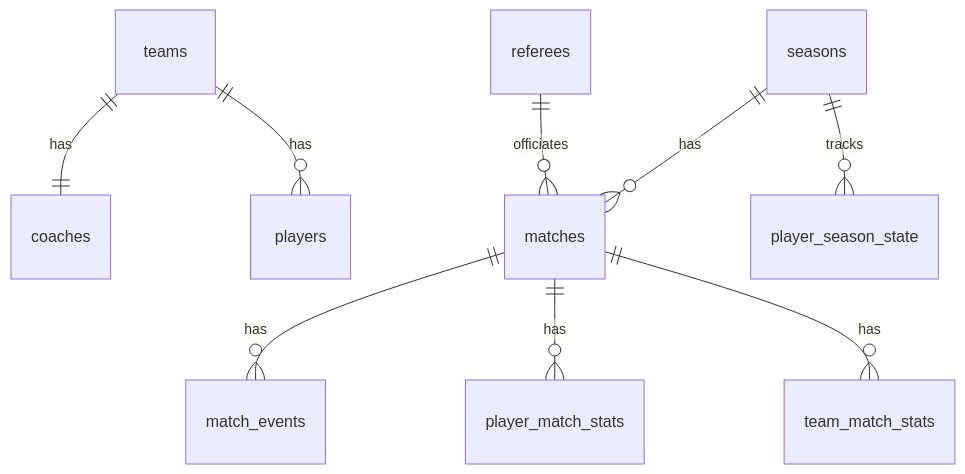
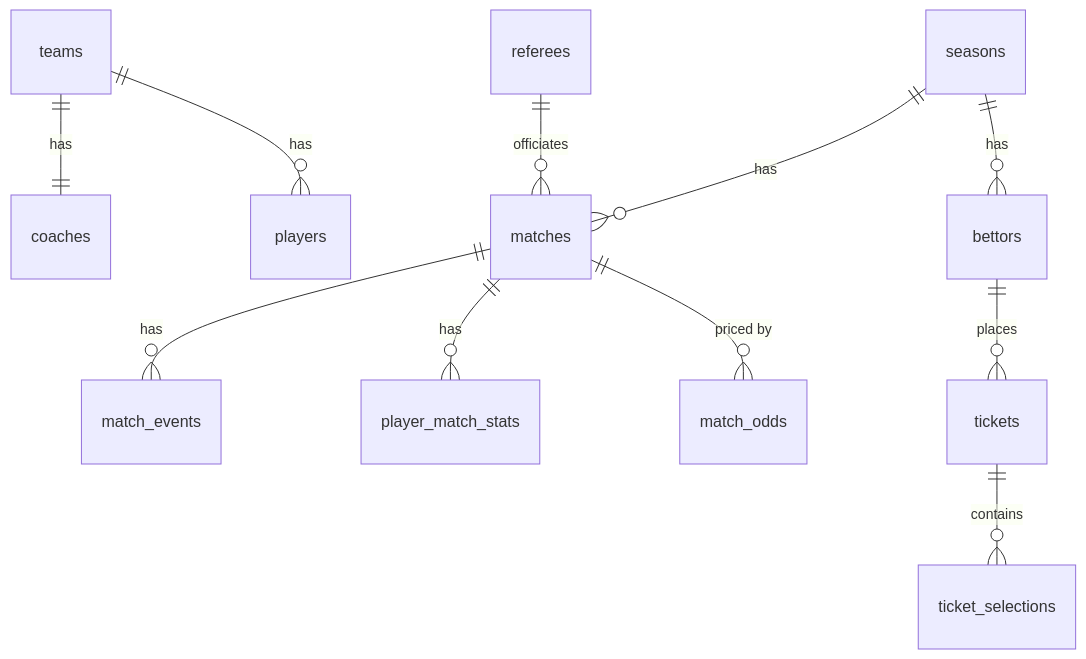
One commit to eddycimpanu/football-championship-simulator changed the diagram in README.md. Above: the diagram before and after it, drawn with Mermaid. The commit also changed other lines of this file and 7 other files, not shown here.

````diff
--- a/README.md
+++ b/README.md
@@ -79,11 +59,13 @@
 ```mermaid
 erDiagram
     teams ||--|| coaches : "has"
     teams ||--o{ players : "has"
     seasons ||--o{ matches : "has"
     referees ||--o{ matches : "officiates"
     matches ||--o{ match_events : "has"
     matches ||--o{ player_match_stats : "has"
-    matches ||--o{ team_match_stats : "has"
-    seasons ||--o{ player_season_state : "tracks"
+    matches ||--o{ match_odds : "priced by"
+    seasons ||--o{ bettors : "has"
+    bettors ||--o{ tickets : "places"
+    tickets ||--o{ ticket_selections : "contains"
 ```
````
